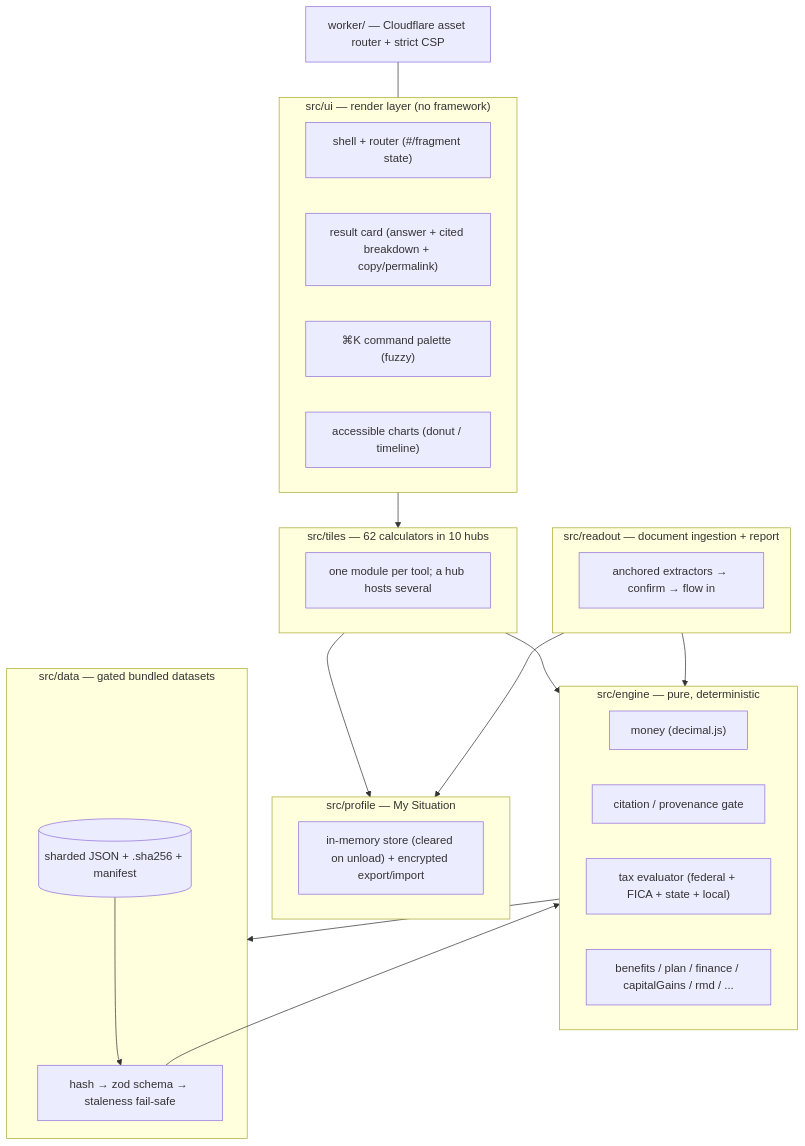
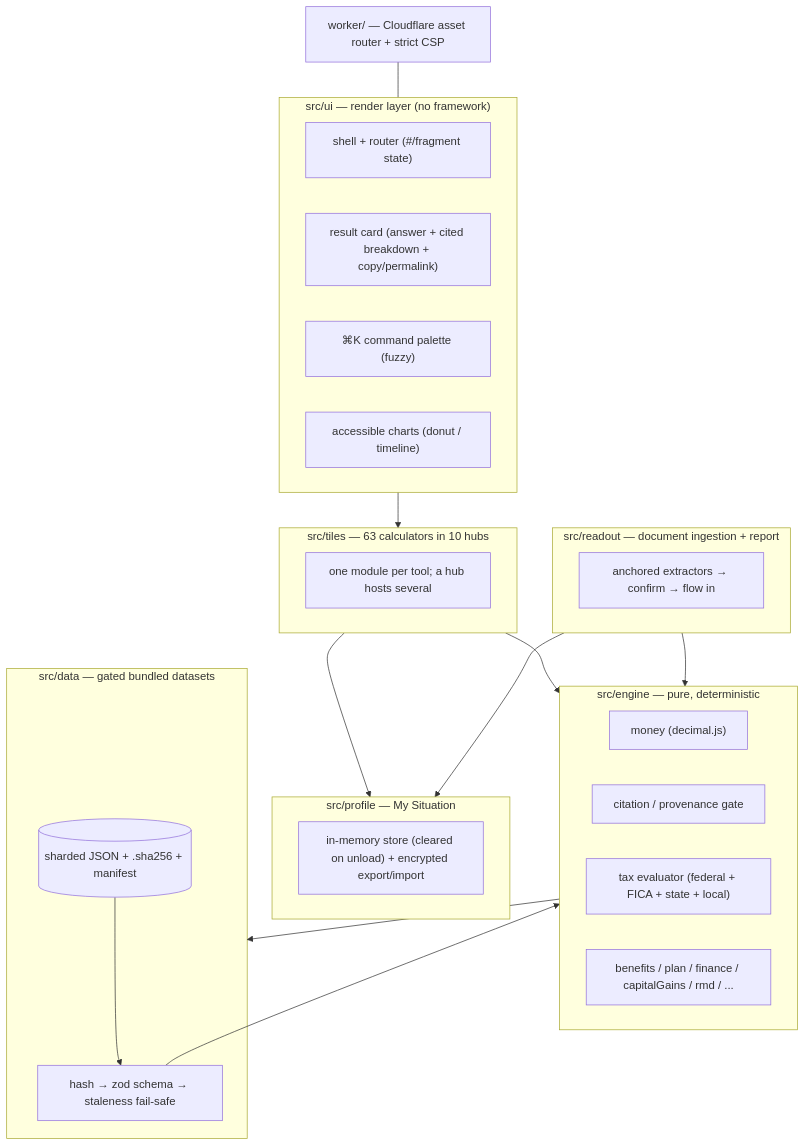
Before and after one commit to clay-good/enklayve: the second of 7 diagrams in README.md, drawn with Mermaid. The commit also changed other lines of this file and 16 other files, not shown here.

````diff
--- a/README.md
+++ b/README.md
@@ -268,36 +269,36 @@
 ```mermaid
 flowchart TD
     subgraph UI["src/ui — render layer (no framework)"]
         SH["shell + router (#/fragment state)"]
         RC["result card (answer + cited breakdown + copy/permalink)"]
         CP["⌘K command palette (fuzzy)"]
         CH["accessible charts (donut / timeline)"]
     end
-    subgraph TILES["src/tiles — 62 calculators in 10 hubs"]
+    subgraph TILES["src/tiles — 63 calculators in 10 hubs"]
         T1["one module per tool; a hub hosts several"]
     end
     subgraph PROFILE["src/profile — My Situation"]
         PS["in-memory store (cleared on unload) + encrypted export/import"]
     end
     subgraph READOUT["src/readout — document ingestion + report"]
         RX["anchored extractors → confirm → flow in"]
     end
     subgraph ENGINE["src/engine — pure, deterministic"]
         MN["money (decimal.js)"]
         CI["citation / provenance gate"]
         TAX["tax evaluator (federal + FICA + state + local)"]
         BEN["benefits / plan / finance / capitalGains / rmd / ..."]
     end
     subgraph DATA["src/data — gated bundled datasets"]
         LO["hash → zod schema → staleness fail-safe"]
         DS[("sharded JSON + .sha256 + manifest")]
     end
     TILES --> ENGINE
     READOUT --> ENGINE
     TILES --> PROFILE
     READOUT --> PROFILE
     UI --> TILES
     ENGINE --> DATA
     DS --> LO --> ENGINE
     WORKER["worker/ — Cloudflare asset router + strict CSP"] --- UI
 ```
````
